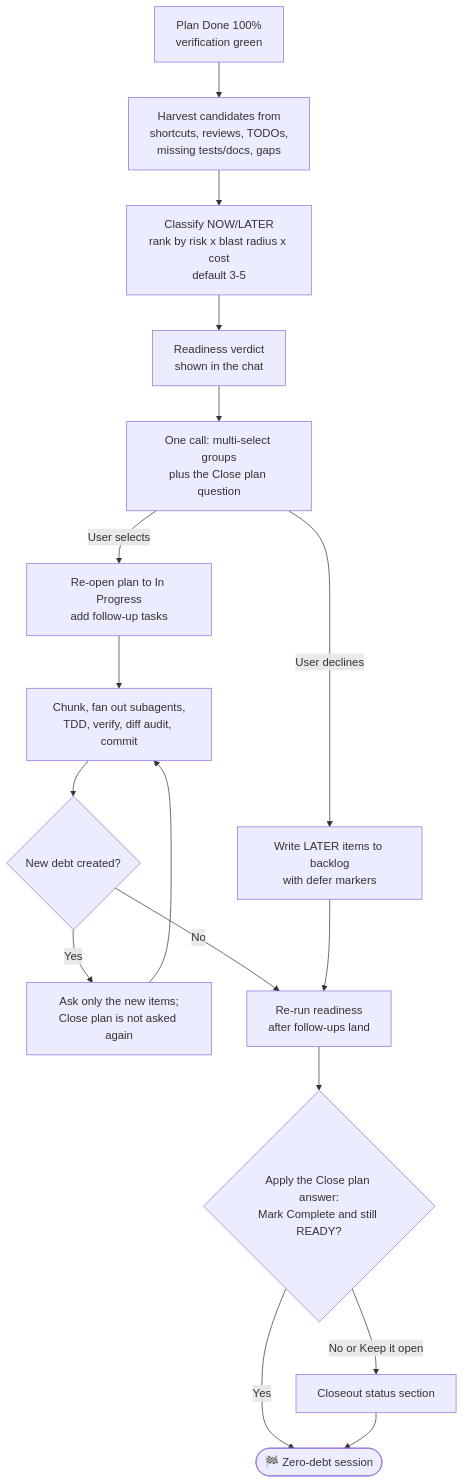
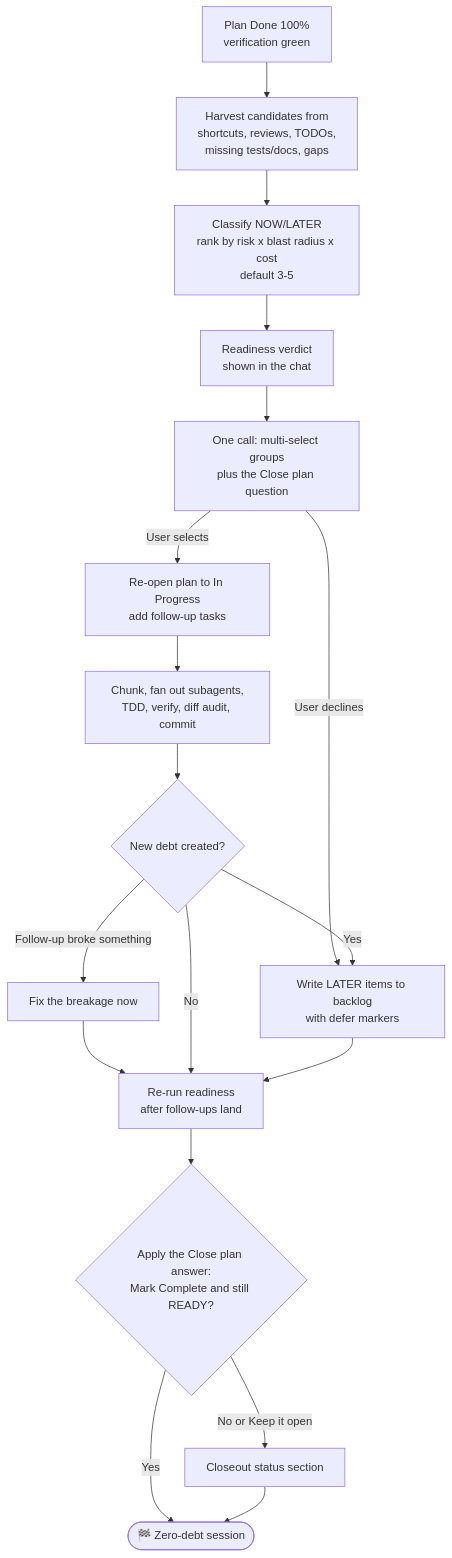
One commit to belajarcarabelajar/vivera changed the diagram in templates/follow-up-injection-template.md. Above: the diagram before and after it, drawn with Mermaid. The commit also changed other lines of this file and 3 other files, not shown here.

First line of the commit message:
docs(sweep): cap the debt sweep at one round with a stop line

````diff
--- a/templates/follow-up-injection-template.md
+++ b/templates/follow-up-injection-template.md
@@ -92,21 +92,22 @@
 ```mermaid
 flowchart TD
     accTitle: Debt sweep cycle for a finished plan
-    accDescr: Harvest debt candidates, classify and rank them, inject one question-tool call of multi-select groups together with the Close plan question, execute the selected items through the full pipeline, then re-sweep for any new debt they created. The readiness verdict then drives the Close plan gate, which marks the plan Complete or records a closeout status section.
+    accDescr: Harvest debt candidates, classify and rank them, inject one question-tool call of multi-select groups together with the Close plan question, execute the selected items through the full pipeline, then re-sweep once and write any new debt they created to the backlog. The readiness verdict then drives the Close plan gate, which marks the plan Complete or records a closeout status section.
     Gate["Plan Done 100%\nverification green"] --> Harvest["Harvest candidates from\nshortcuts, reviews, TODOs,\nmissing tests/docs, gaps"]
     Harvest --> Rank["Classify NOW/LATER\nrank by risk x blast radius x cost\ndefault 3-5"]
     Rank --> First["Readiness verdict\nshown in the chat"]
     First --> Ask["One call: multi-select groups\nplus the Close plan question"]
     Ask -->|"User selects"| Reopen["Re-open plan to In Progress\nadd follow-up tasks"]
     Ask -->|"User declines"| Backlog["Write LATER items to backlog\nwith defer markers"]
     Reopen --> Exec["Chunk, fan out subagents,\nTDD, verify, diff audit, commit"]
     Exec --> Check{"New debt created?"}
-    Check -->|"Yes"| AskNew["Ask only the new items;\nClose plan is not asked again"]
-    AskNew --> Exec
+    Check -->|"Yes"| Backlog
+    Check -->|"Follow-up broke something"| Fix["Fix the breakage now"]
+    Fix --> Ready
     Check -->|"No"| Ready["Re-run readiness\nafter follow-ups land"]
     Backlog --> Ready
     Ready --> Gate2{"Apply the Close plan answer:\nMark Complete and still READY?"}
     Gate2 -->|"Yes"| Close(["🏁 Zero-debt session"])
     Gate2 -->|"No or Keep it open"| Status["Closeout status section"]
     Status --> Close
 ```
````
